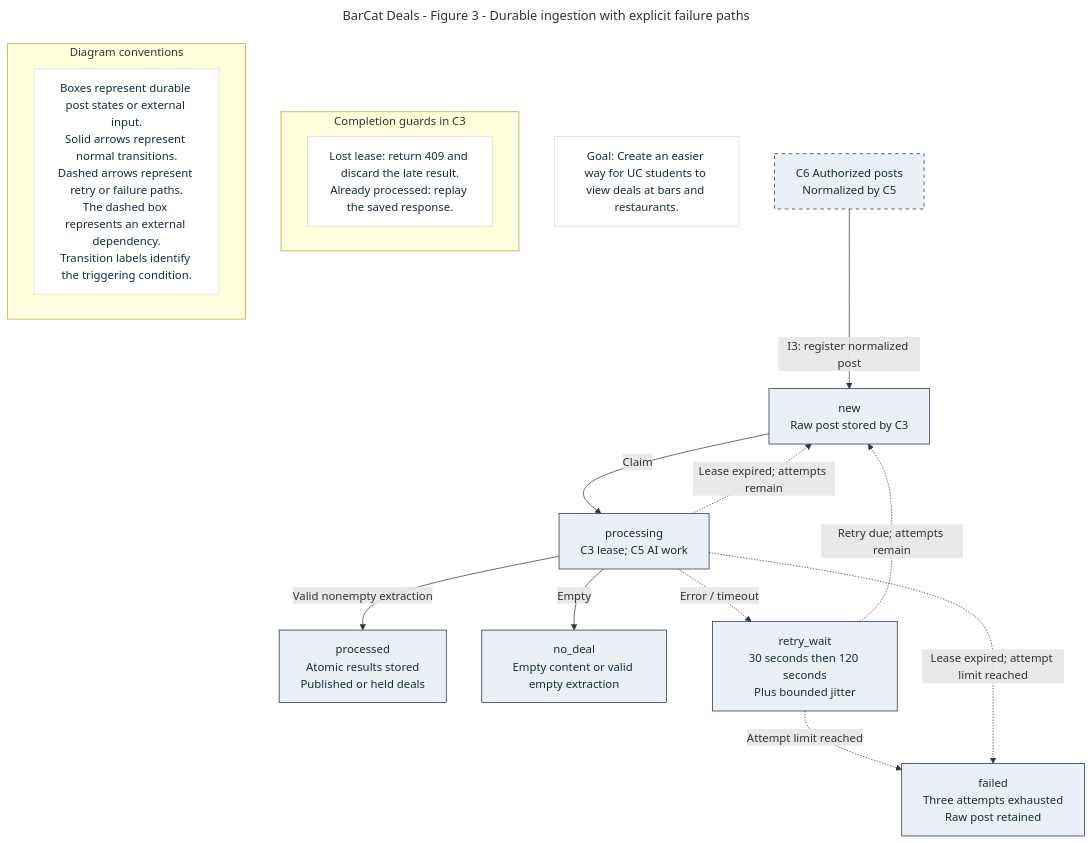
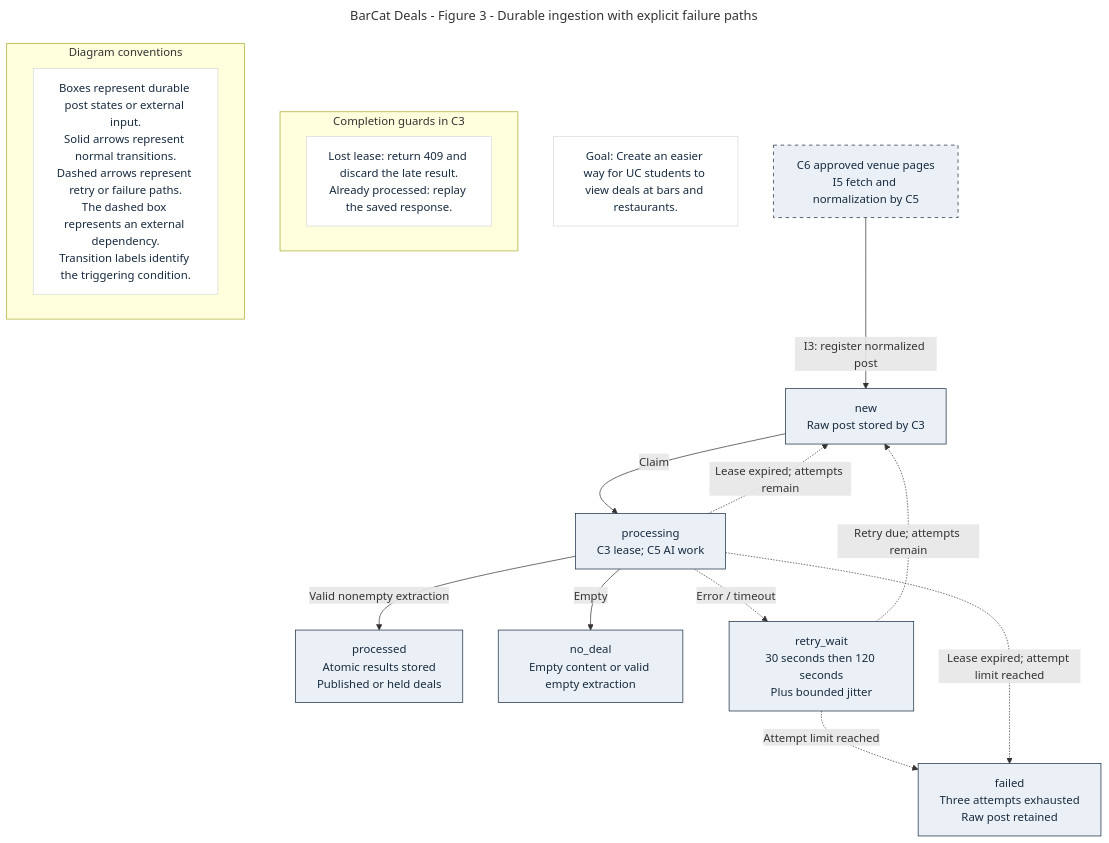
The third of 3 diagrams in Design_Diagrams/D2_Detailed_Design.md (BrianN45/Senior-Design), drawn with Mermaid before and after one commit. The commit also changed other lines of this file and 14 other files, not shown here.

````diff
--- a/Design_Diagrams/D2_Detailed_Design.md
+++ b/Design_Diagrams/D2_Detailed_Design.md
@@ -352,42 +354,42 @@
 ```mermaid
 ---
 title: BarCat Deals - Figure 3 - Durable ingestion with explicit failure paths
 ---
 flowchart TD
     goal["Goal: Create an easier way for UC students to view deals at bars and restaurants."]
 
-    provider["C6 Authorized posts<br/>Normalized by C5"]
+    provider["C6 approved venue pages<br/>I5 fetch and normalization by C5"]
     queued["new<br/>Raw post stored by C3"]
     processing["processing<br/>C3 lease; C5 AI work"]
     processed["processed<br/>Atomic results stored<br/>Published or held deals"]
     no_deal["no_deal<br/>Empty content or valid empty extraction"]
     retry_wait["retry_wait<br/>30 seconds then 120 seconds<br/>Plus bounded jitter"]
     failed["failed<br/>Three attempts exhausted<br/>Raw post retained"]
 
     provider -->|"I3: register normalized post"| queued
     queued -->|"Claim"| processing
     processing -->|"Valid nonempty extraction"| processed
     processing -->|"Empty"| no_deal
     processing -.->|"Error / timeout"| retry_wait
     retry_wait -.->|"Retry due; attempts remain"| queued
     retry_wait -.->|"Attempt limit reached"| failed
     %% The original figure describes lease recovery in a note.
     %% These edges make the same documented recovery paths explicit.
     processing -.->|"Lease expired; attempts remain"| queued
     processing -.->|"Lease expired; attempt limit reached"| failed
 
     subgraph guards["Completion guards in C3"]
         guard_rules["Lost lease: return 409 and discard the late result.<br/>Already processed: replay the saved response."]
     end
 
     subgraph legend["Diagram conventions"]
         conventions["Boxes represent durable post states or external input.<br/>Solid arrows represent normal transitions.<br/>Dashed arrows represent retry or failure paths.<br/>The dashed box represents an external dependency.<br/>Transition labels identify the triggering condition."]
     end
 
     classDef state fill:#eaf0f5,stroke:#172b40,color:#172b40;
     classDef external fill:#eaf0f5,stroke:#172b40,color:#172b40,stroke-dasharray:5 5;
     classDef note fill:#ffffff,stroke:#d9d9d9,color:#172b40;
     class queued,processing,processed,no_deal,retry_wait,failed state;
     class provider external;
     class goal,guard_rules,conventions note;
 ```
````
